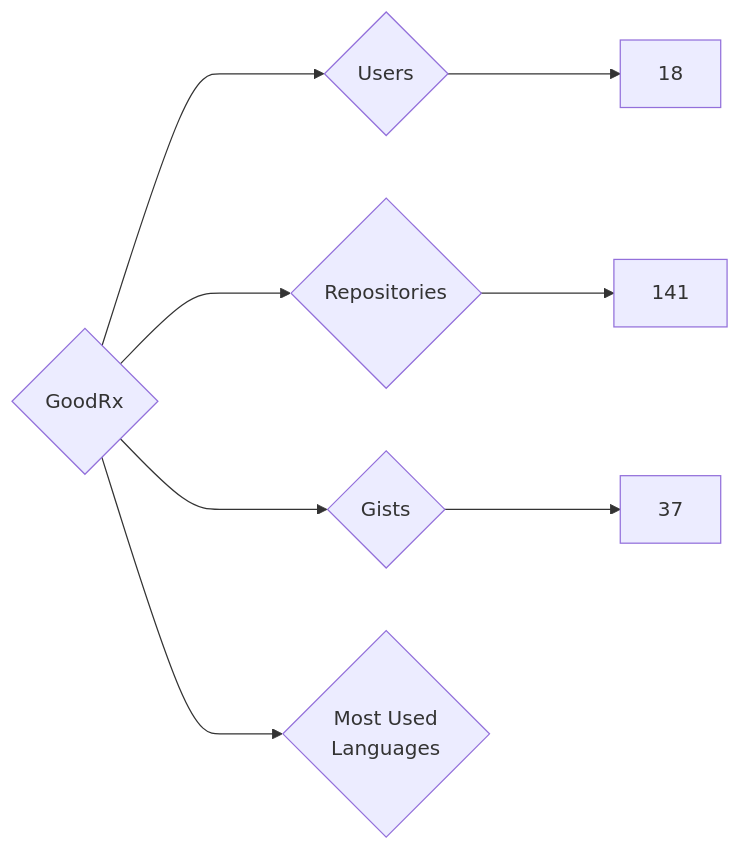
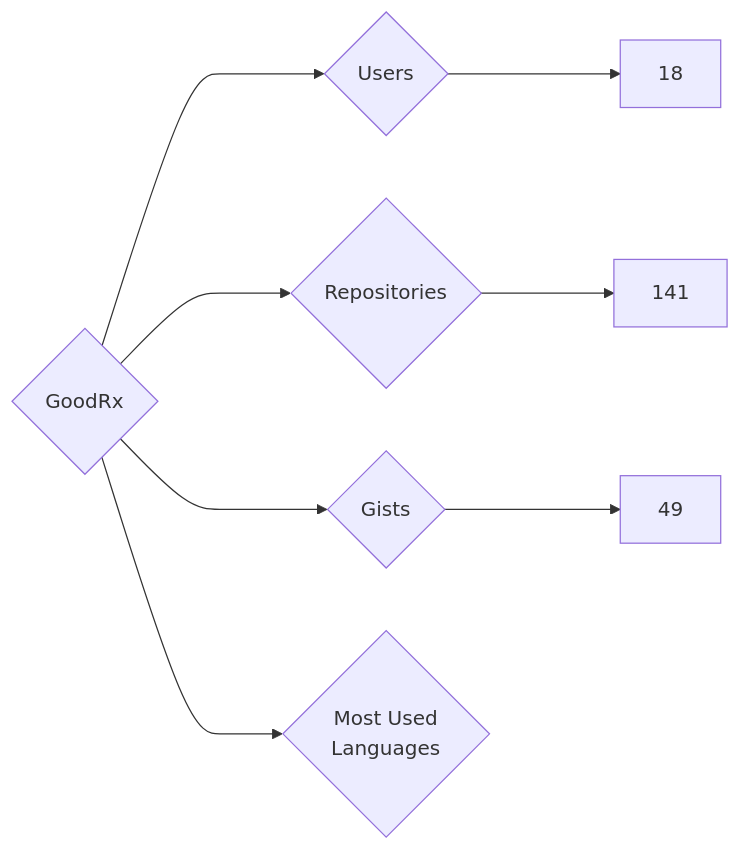
One commit to nenadzaric/insiders changed the diagram in targets/GoodRx/README.md. Above: the diagram before and after it, drawn with Mermaid. The commit also changed 1342 other files, not shown here.

````diff
--- a/targets/GoodRx/README.md
+++ b/targets/GoodRx/README.md
@@ -3,8 +3,8 @@
 ```mermaid
 graph LR
 COMPANY_NAME{GoodRx}
 COMPANY_NAME ---> U{Users} ---> UN[18]
 COMPANY_NAME ---> R{Repositories} ---> RN[141]
-COMPANY_NAME ---> G{Gists} ---> GN[37]
+COMPANY_NAME ---> G{Gists} ---> GN[49]
 COMPANY_NAME ---> ML{Most Used<br>Languages}
 ```
````
